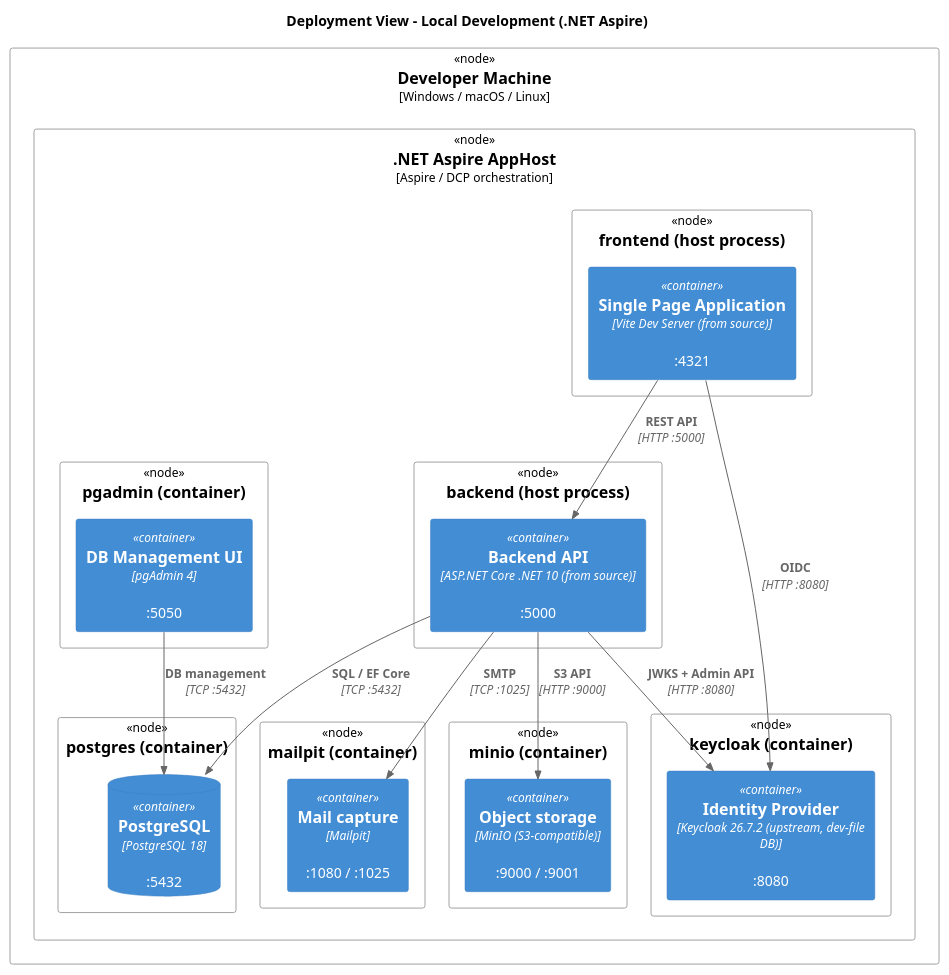
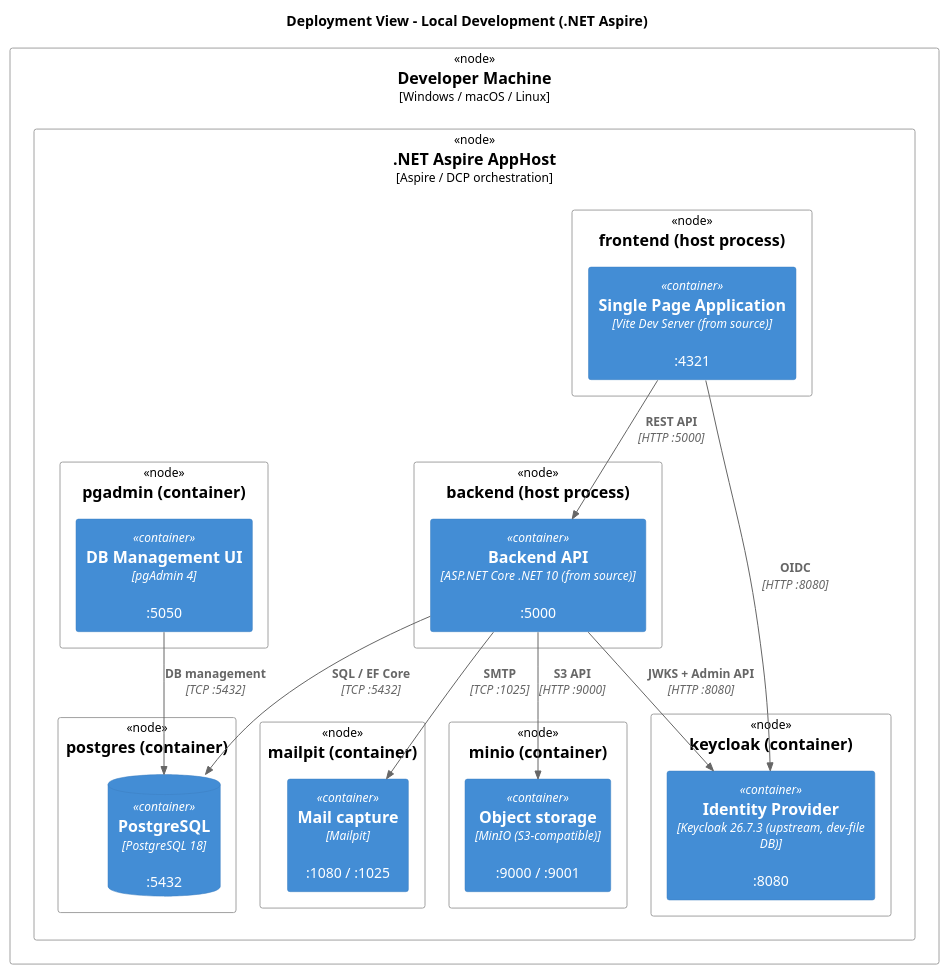
Before and after one commit to maik-hasler/einsatzbereit: the diagram in docs/Architecture/images/deployment-local.puml, drawn with PlantUML. The commit also changed 10 other files, not shown here.

```diff
--- a/docs/Architecture/images/deployment-local.puml
+++ b/docs/Architecture/images/deployment-local.puml
@@ -1,48 +1,48 @@
 @startuml Local Development Deployment
 
 !include <C4/C4_Deployment>
 
 title Deployment View - Local Development (.NET Aspire)
 
 Deployment_Node(machine, "Developer Machine", "Windows / macOS / Linux") {
 	Deployment_Node(aspire, ".NET Aspire AppHost", "Aspire / DCP orchestration") {
 
 		Deployment_Node(frontend_node, "frontend (host process)") {
 			Container(frontend, "Single Page Application", "Vite Dev Server (from source)", ":4321")
 		}
 
 		Deployment_Node(backend_node, "backend (host process)") {
 			Container(backend, "Backend API", "ASP.NET Core .NET 10 (from source)", ":5000")
 		}
 
 		Deployment_Node(keycloak_node, "keycloak (container)") {
-			Container(keycloak, "Identity Provider", "Keycloak 26.7.2 (upstream, dev-file DB)", ":8080")
+			Container(keycloak, "Identity Provider", "Keycloak 26.7.3 (upstream, dev-file DB)", ":8080")
 		}
 
 		Deployment_Node(postgres_node, "postgres (container)") {
 			ContainerDb(postgres, "PostgreSQL", "PostgreSQL 18", ":5432")
 		}
 
 		Deployment_Node(pgadmin_node, "pgadmin (container)") {
 			Container(pgadmin, "DB Management UI", "pgAdmin 4", ":5050")
 		}
 
 		Deployment_Node(mailpit_node, "mailpit (container)") {
 			Container(mailpit, "Mail capture", "Mailpit", ":1080 / :1025")
 		}
 
 		Deployment_Node(minio_node, "minio (container)") {
 			Container(minio, "Object storage", "MinIO (S3-compatible)", ":9000 / :9001")
 		}
 	}
 }
 
 Rel(frontend, backend, "REST API", "HTTP :5000")
 Rel(frontend, keycloak, "OIDC", "HTTP :8080")
 Rel(backend, postgres, "SQL / EF Core", "TCP :5432")
 Rel(backend, keycloak, "JWKS + Admin API", "HTTP :8080")
 Rel(backend, mailpit, "SMTP", "TCP :1025")
 Rel(backend, minio, "S3 API", "HTTP :9000")
 Rel(pgadmin, postgres, "DB management", "TCP :5432")
 
 @enduml
```
